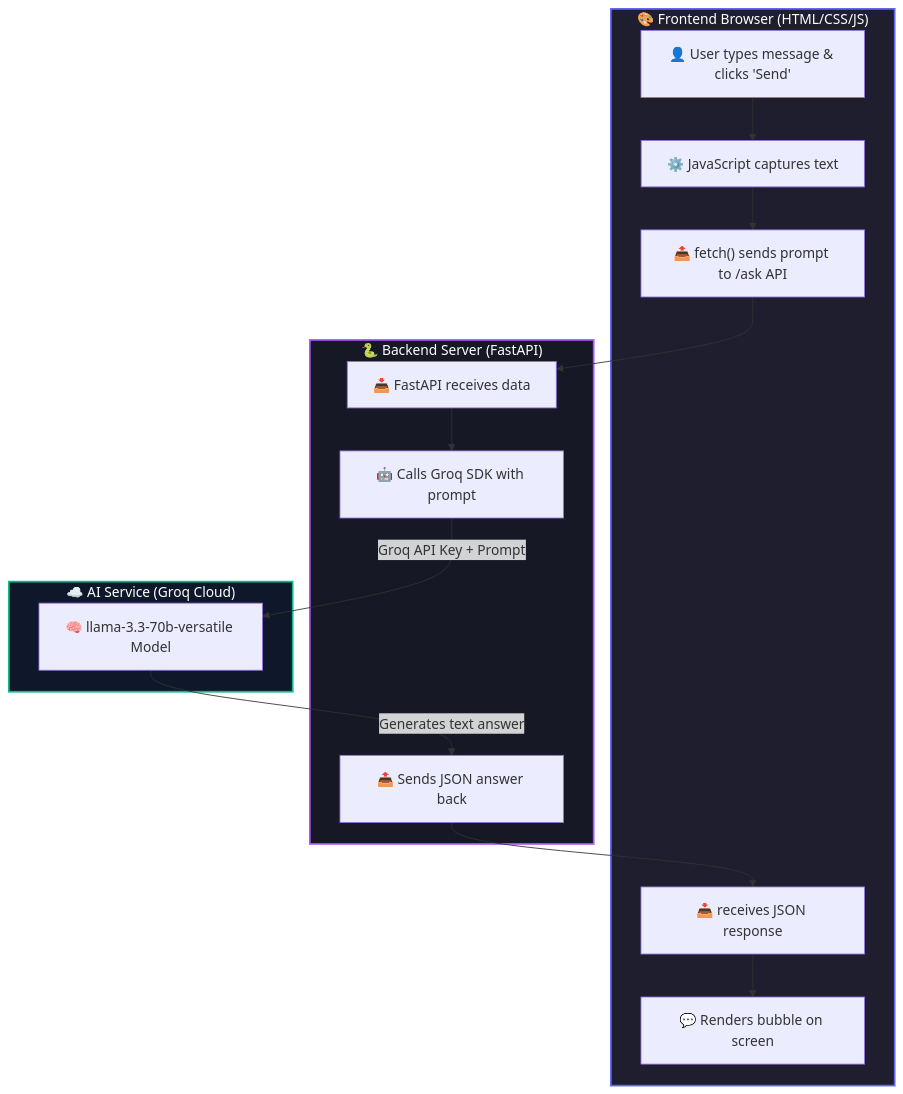
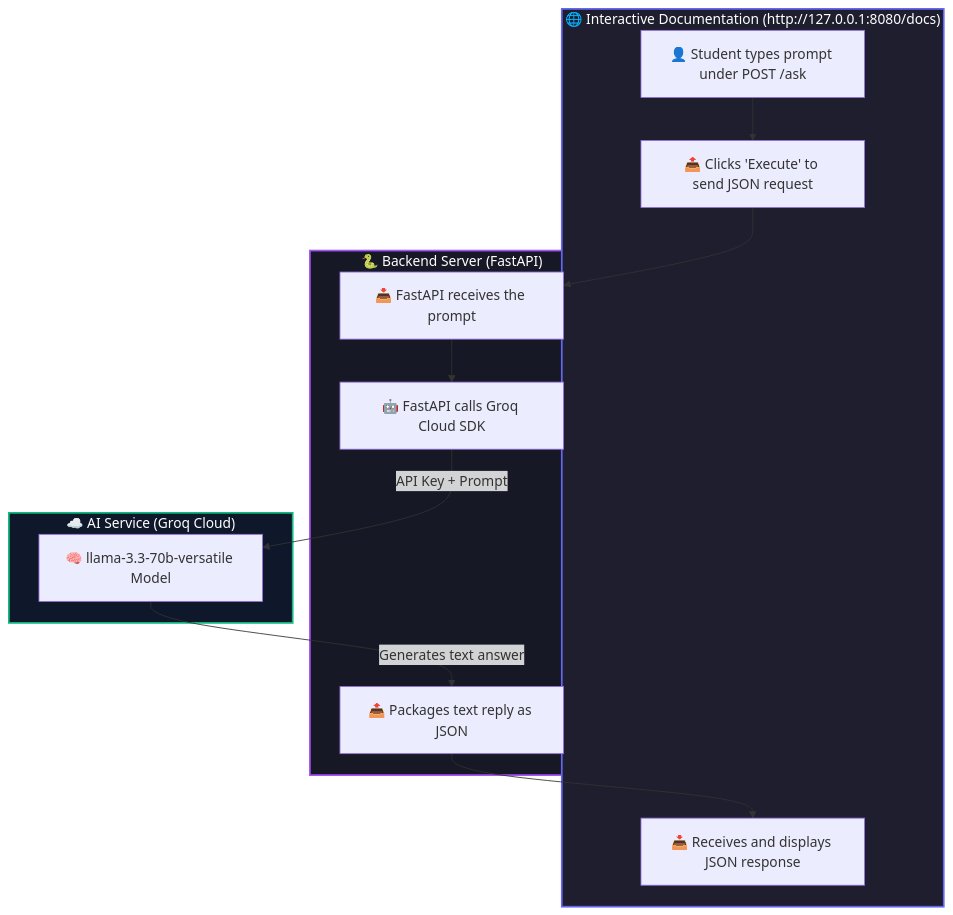
Before and after one commit to sankaran-s2001/Nobeth-AI-chatbot-demo: the diagram in README.md, drawn with Mermaid. The commit also changed other lines of this file and 3 other files, not shown here.

Commit message:
Updated: Core architecture

````diff
--- a/README.md
+++ b/README.md
@@ -11,23 +29,22 @@
 ```mermaid
 flowchart TD
-    subgraph Frontend ["🎨 Frontend Browser (HTML/CSS/JS)"]
-        A["👤 User types message & clicks 'Send'"] --> B["⚙️ JavaScript captures text"]
-        B --> C["📤 fetch() sends prompt to /ask API"]
-        G["📥 receives JSON response"] --> H["💬 Renders bubble on screen"]
+    subgraph Browser ["🌐 Interactive Documentation (http://127.0.0.1:8080/docs)"]
+        A["👤 Student types prompt under POST /ask"] --> B["📤 Clicks 'Execute' to send JSON request"]
+        F["📥 Receives and displays JSON response"]
     end
 
-    subgraph Backend ["🐍 Backend Server (FastAPI)"]
-        C --> D["📥 FastAPI receives data"]
-        D --> E["🤖 Calls Groq SDK with prompt"]
-        F["📤 Sends JSON answer back"] --> G
+    subgraph Server ["🐍 Backend Server (FastAPI)"]
+        B --> C["📥 FastAPI receives the prompt"]
+        C --> D["🤖 FastAPI calls Groq Cloud SDK"]
+        E["📤 Packages text reply as JSON"] --> F
     end
 
-    subgraph External ["☁️ AI Service (Groq Cloud)"]
-        E -->|Groq API Key + Prompt| AI["🧠 llama-3.3-70b-versatile Model"]
-        AI -->|Generates text answer| F
+    subgraph AI_Cloud ["☁️ AI Service (Groq Cloud)"]
+        D -->|API Key + Prompt| Llama["🧠 llama-3.3-70b-versatile Model"]
+        Llama -->|Generates text answer| E
     end
 
-    style Frontend fill:#1e1e2f,stroke:#6366f1,stroke-width:2px,color:#fff
-    style Backend fill:#161825,stroke:#a855f7,stroke-width:2px,color:#fff
-    style External fill:#0f172a,stroke:#10b981,stroke-width:2px,color:#fff
+    style Browser fill:#1e1e2f,stroke:#6366f1,stroke-width:2px,color:#fff
+    style Server fill:#161825,stroke:#a855f7,stroke-width:2px,color:#fff
+    style AI_Cloud fill:#0f172a,stroke:#10b981,stroke-width:2px,color:#fff
 ```
````
